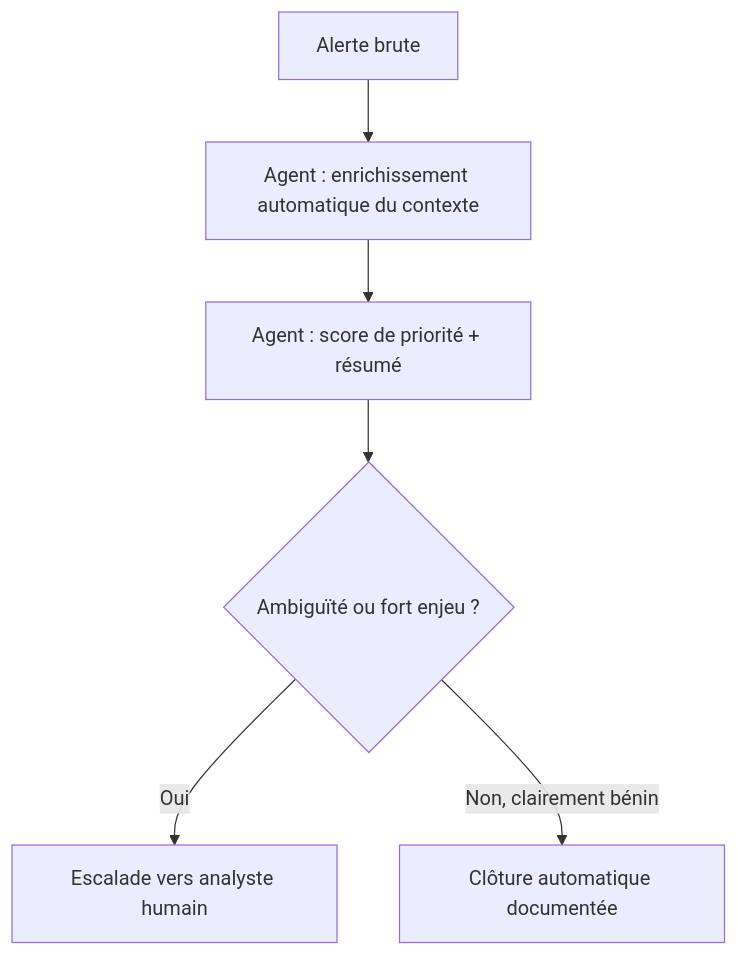
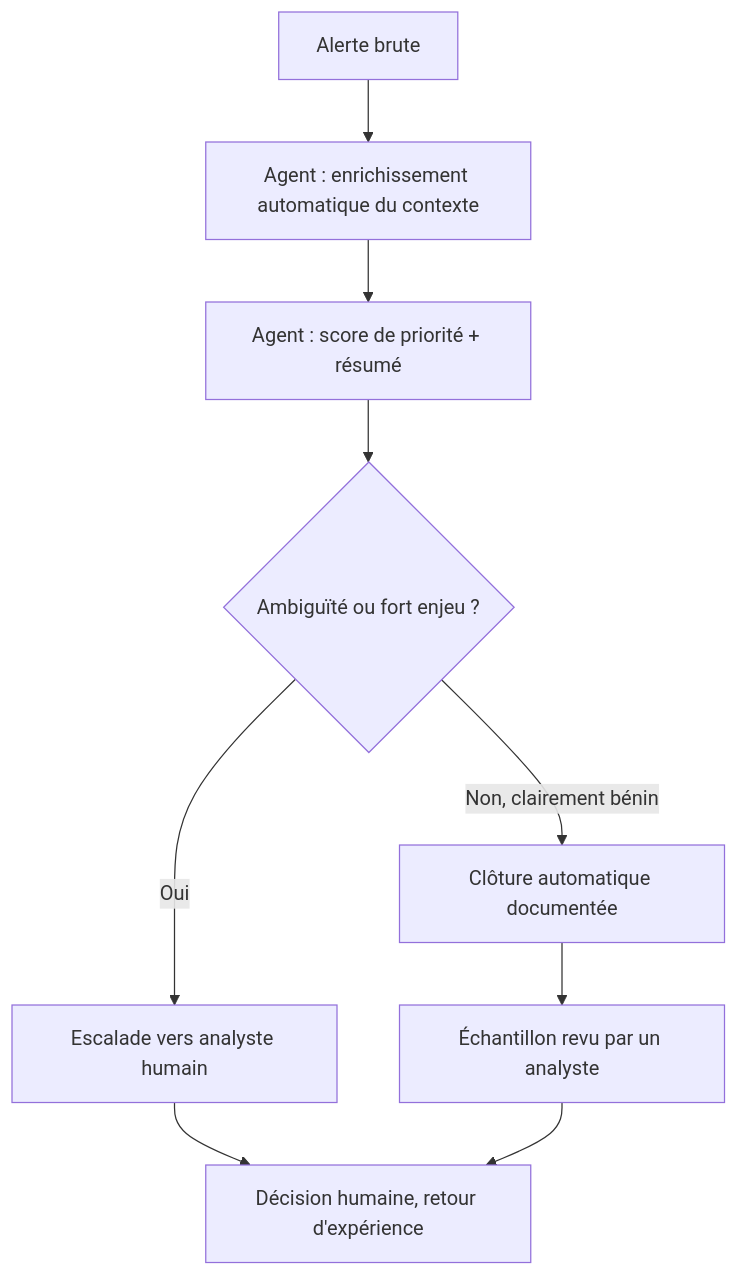
One commit to AureDulvresse/nyx changed the diagram in content/courses/ia-cybersecurity/05-agents-ia-automatisation-soc.md. Above: the diagram before and after it, drawn with Mermaid. The commit also changed other lines of this file and 167 other files, not shown here.

````diff
--- a/content/courses/ia-cybersecurity/05-agents-ia-automatisation-soc.md
+++ b/content/courses/ia-cybersecurity/05-agents-ia-automatisation-soc.md
@@ -38,8 +61,11 @@
 ```mermaid
 graph TD
-    A[Alerte brute] --> B[Agent : enrichissement automatique du contexte]
-    B --> C[Agent : score de priorité + résumé]
-    C --> D{Ambiguïté ou fort enjeu ?}
-    D -->|Oui| E[Escalade vers analyste humain]
-    D -->|Non, clairement bénin| F[Clôture automatique documentée]
+    A["Alerte brute"] --> B["Agent : enrichissement automatique du contexte"]
+    B --> C["Agent : score de priorité + résumé"]
+    C --> D{"Ambiguïté ou fort enjeu ?"}
+    D -->|"Oui"| E["Escalade vers analyste humain"]
+    D -->|"Non, clairement bénin"| F["Clôture automatique documentée"]
+    F --> G["Échantillon revu par un analyste"]
+    E --> H["Décision humaine, retour d'expérience"]
+    G --> H
 ```
````
